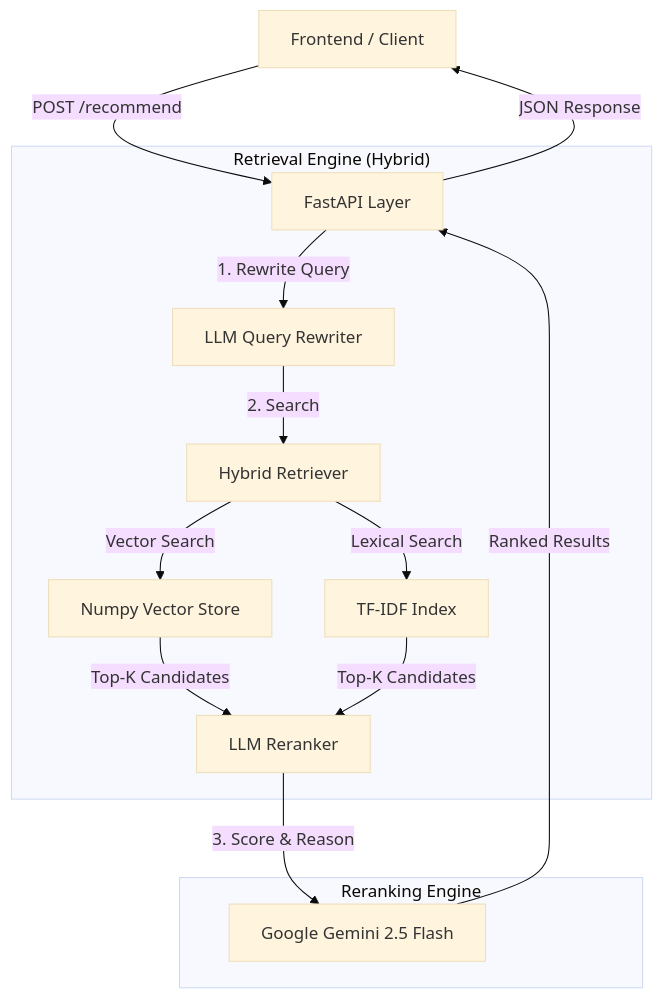
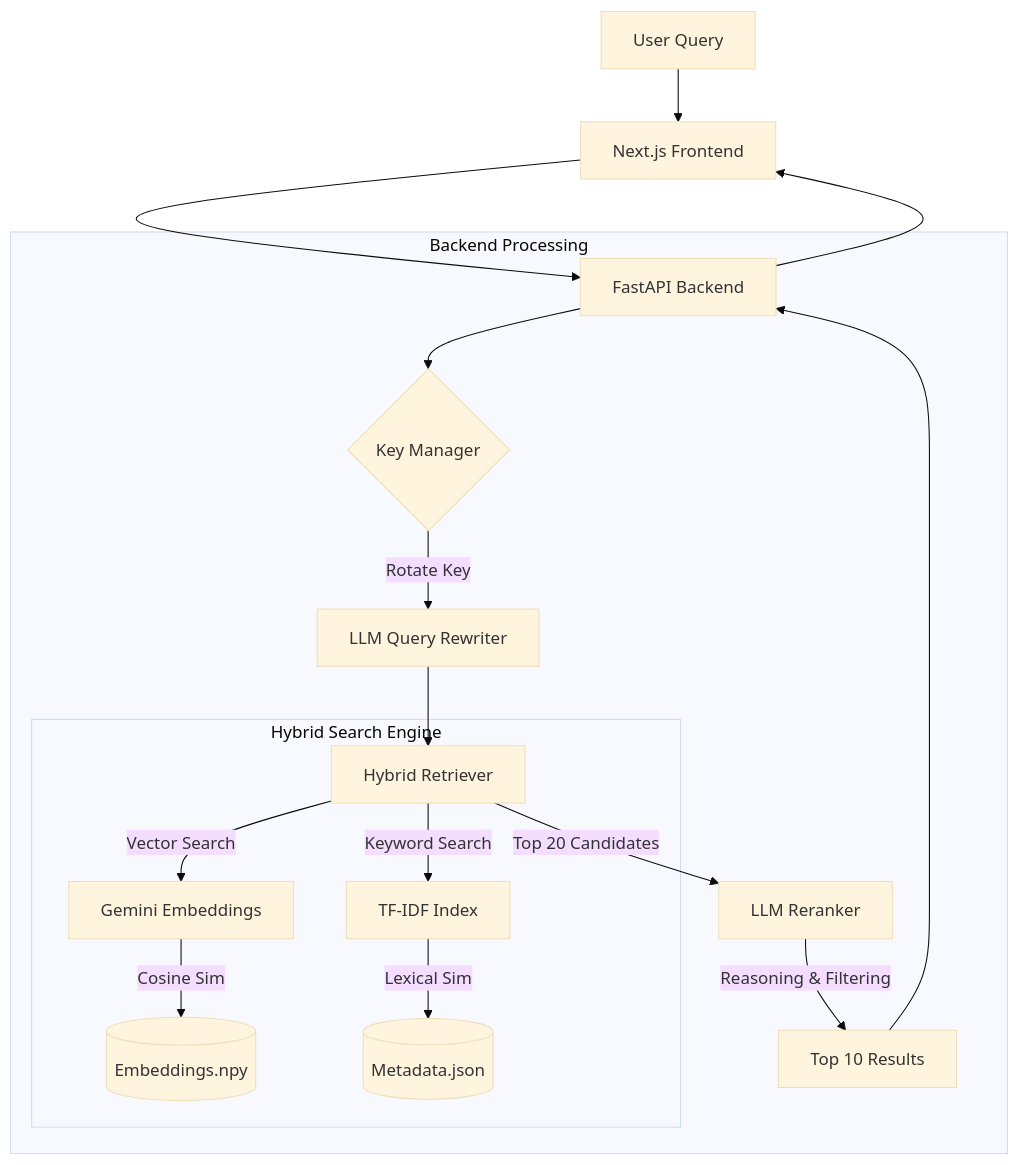
Before and after one commit to SanchitPandey26/shl-assessment-recommendation: the diagram in architect.md, drawn with Mermaid (base theme). The commit also changed other lines of this file and 46 other files, not shown here.

Commit message:
update readmes and architecture and cleanup vector embeddings

````diff
--- a/architect.md
+++ b/architect.md
@@ -9,19 +7,24 @@
 ```mermaid
 graph TD
-    Client[Frontend / Client] -->|POST /recommend| API[FastAPI Layer]
+    User[User Query] --> Frontend[Next.js Frontend]
+    Frontend --> API[FastAPI Backend]
     
-    subgraph "Retrieval Engine (Hybrid)"
-        API -->|1. Rewrite Query| Rewriter[LLM Query Rewriter]
-        Rewriter -->|2. Search| Hybrid[Hybrid Retriever]
-        Hybrid -->|Vector Search| Vector[Numpy Vector Store]
-        Hybrid -->|Lexical Search| Lexical[TF-IDF Index]
-        Vector & Lexical -->|Top-K Candidates| Reranker
+    subgraph "Backend Processing"
+        API --> KeyMgr{Key Manager}
+        KeyMgr -->|Rotate Key| Rewrite[LLM Query Rewriter]
+        Rewrite --> Hybrid[Hybrid Retriever]
+        
+        subgraph "Hybrid Search Engine"
+            Hybrid -->|Vector Search| Model[Gemini Embeddings]
+            Hybrid -->|Keyword Search| TFIDF[TF-IDF Index]
+            Model -->|Cosine Sim| NPY[(Embeddings.npy)]
+            TFIDF -->|Lexical Sim| JSON[(Metadata.json)]
+        end
+        
+        Hybrid -->|Top 20 Candidates| Rerank[LLM Reranker]
+        Rerank -->|Reasoning & Filtering| Final[Top 10 Results]
     end
     
-    subgraph "Reranking Engine"
-        Reranker[LLM Reranker] -->|3. Score & Reason| Gemini[Google Gemini 2.5 Flash]
-        Gemini -->|Ranked Results| API
-    end
-    
-    API -->|JSON Response| Client
+    Final --> API
+    API --> Frontend
 ```
````
